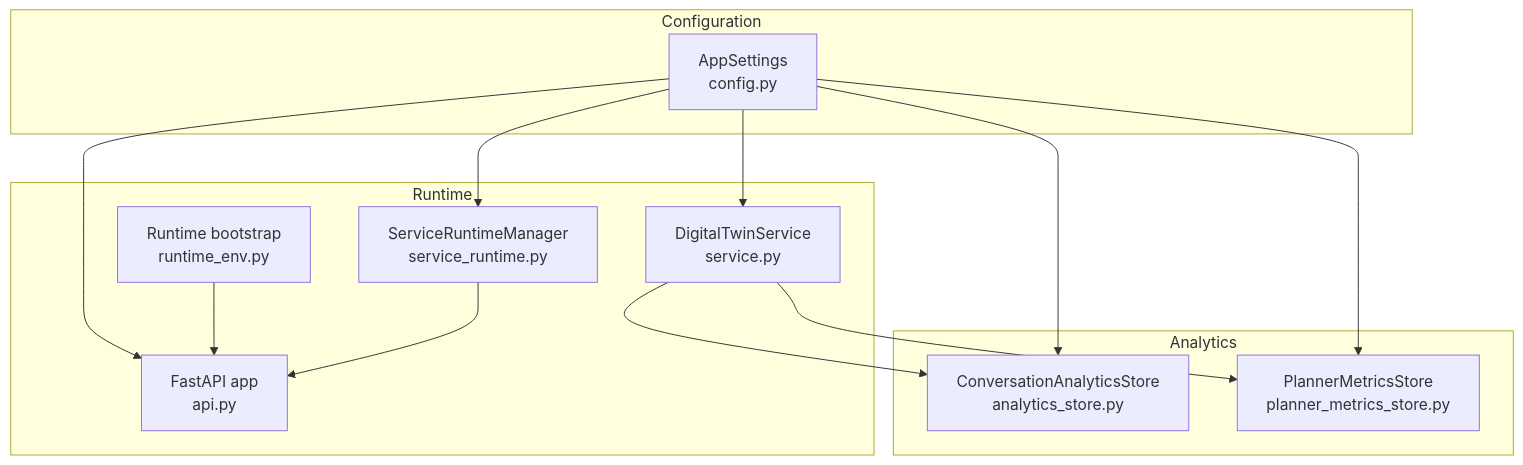
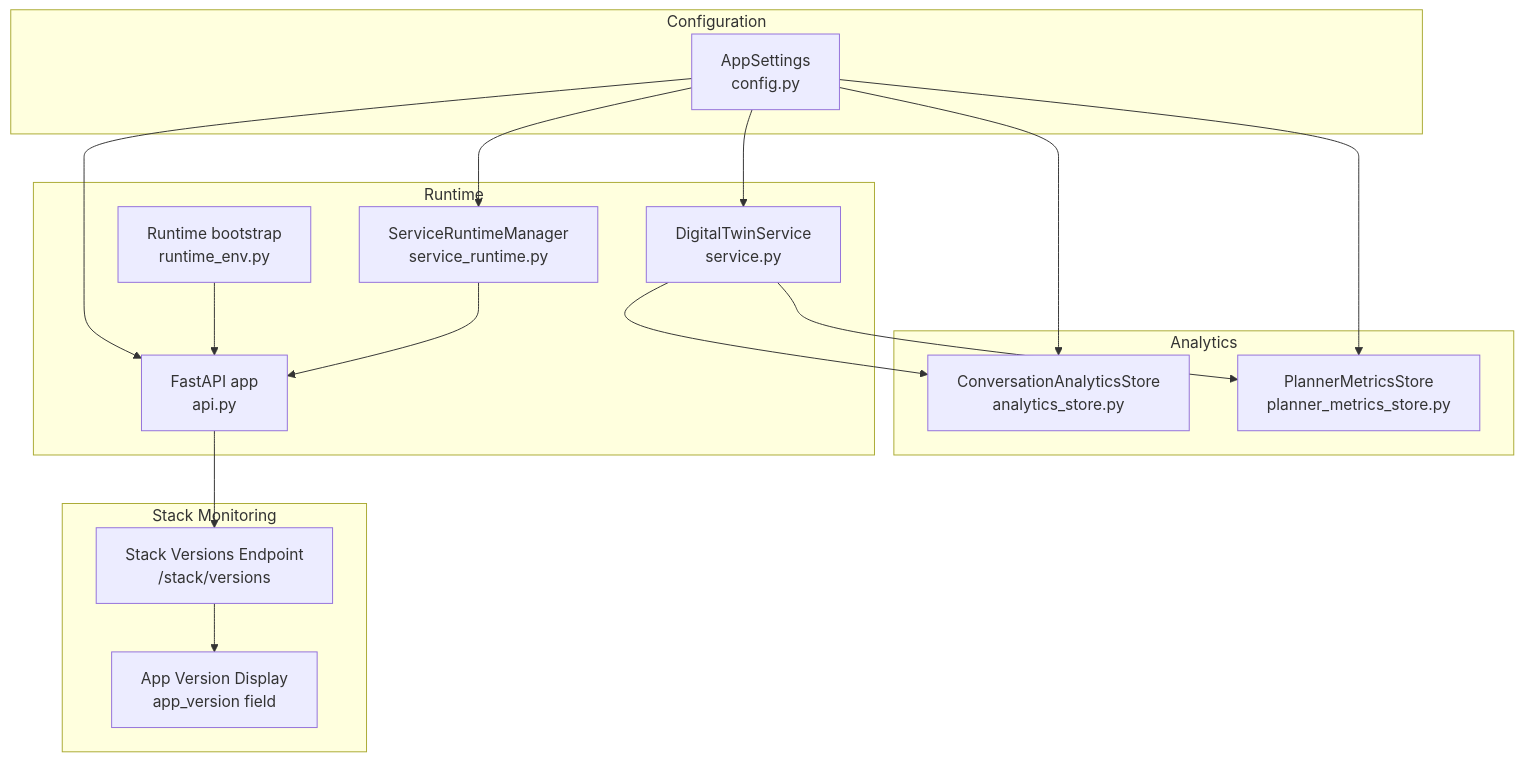
The first of 8 diagrams in .qoder/repowiki/en/content/Deployment and Operations/Monitoring and Logging.md (intellistream/sage-mate), drawn with Mermaid before and after one commit. The commit also changed other lines of this file and 45 other files, not shown here.

````diff
--- a/.qoder/repowiki/en/content/Deployment and Operations/Monitoring and Logging.md
+++ b/.qoder/repowiki/en/content/Deployment and Operations/Monitoring and Logging.md
@@ -40,25 +51,31 @@
 ```mermaid
 graph TB
 subgraph "Configuration"
 CFG["AppSettings<br/>config.py"]
 end
 subgraph "Analytics"
 AS["ConversationAnalyticsStore<br/>analytics_store.py"]
 PM["PlannerMetricsStore<br/>planner_metrics_store.py"]
 end
 subgraph "Runtime"
 SRM["ServiceRuntimeManager<br/>service_runtime.py"]
 SVC["DigitalTwinService<br/>service.py"]
 API["FastAPI app<br/>api.py"]
 RTENV["Runtime bootstrap<br/>runtime_env.py"]
 end
+subgraph "Stack Monitoring"
+SV["Stack Versions Endpoint<br/>/stack/versions"]
+AV["App Version Display<br/>app_version field"]
+end
 CFG --> AS
 CFG --> PM
 CFG --> SRM
 CFG --> SVC
 CFG --> API
 RTENV --> API
 SVC --> AS
 SVC --> PM
 SRM --> API
+API --> SV
+SV --> AV
 ```
````
